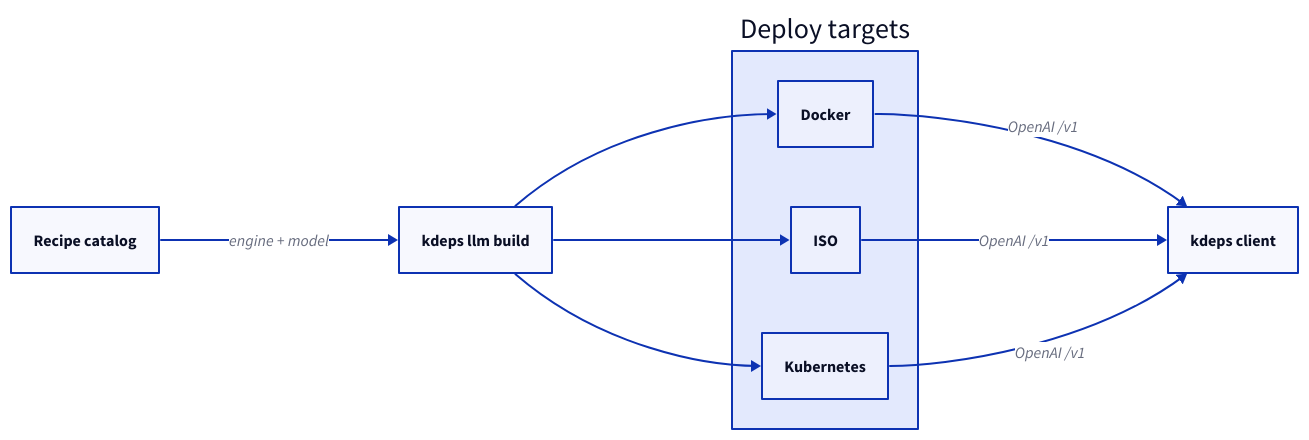
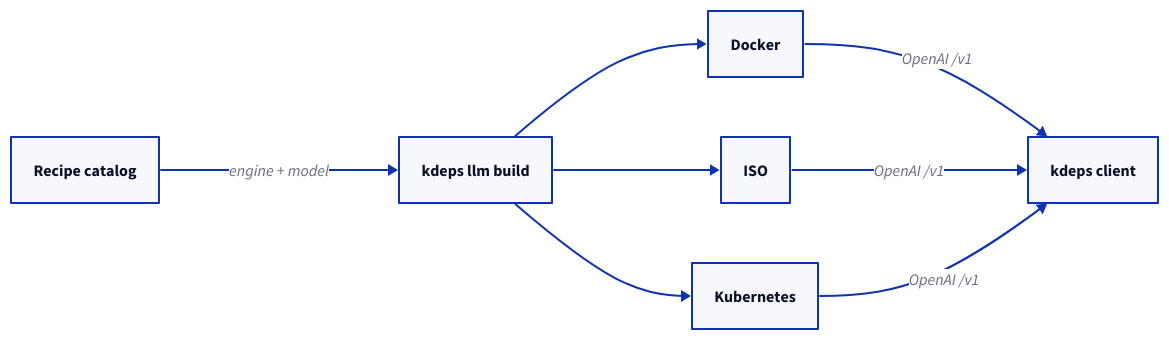
Before and after one commit to kdeps/kdeps: the diagram in docs/v2/deployment/llm-server.md, drawn with D2. The commit also changed 1 other file, not shown here.

Commit message:
docs: fix broken D2 deployment graphs
Rewrite llm-server and tls-https diagrams as flat D2 graphs (no nested
containers) so edges and labels render reliably with vitepress-plugin-d2.

Claude-Session: grok-019faca7-6c79-76f1-854b-c3c298881aff

````diff
--- a/docs/v2/deployment/llm-server.md
+++ b/docs/v2/deployment/llm-server.md
@@ -11,24 +11,18 @@
 ```d2
 direction: right
-catalog: Recipe catalog {
-  shape: rectangle
-}
-build: kdeps llm build {
-  shape: rectangle
-}
-targets: Deploy targets {
-  docker: Docker
-  iso: ISO
-  k8s: Kubernetes
-}
-client: kdeps client {
-  shape: rectangle
-}
+
+catalog: "Recipe catalog" {shape: rectangle}
+build: "kdeps llm build" {shape: rectangle}
+docker: "Docker" {shape: rectangle}
+iso: "ISO" {shape: rectangle}
+k8s: "Kubernetes" {shape: rectangle}
+client: "kdeps client" {shape: rectangle}
+
 catalog -> build: "engine + model"
-build -> targets.docker
-build -> targets.iso
-build -> targets.k8s
-targets.docker -> client: "OpenAI /v1"
-targets.iso -> client: "OpenAI /v1"
-targets.k8s -> client: "OpenAI /v1"
+build -> docker
+build -> iso
+build -> k8s
+docker -> client: "OpenAI /v1"
+iso -> client: "OpenAI /v1"
+k8s -> client: "OpenAI /v1"
 ```
````
